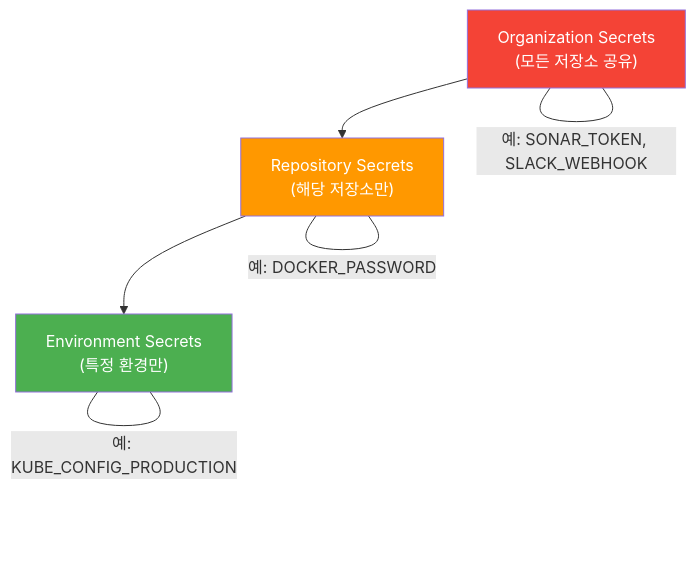
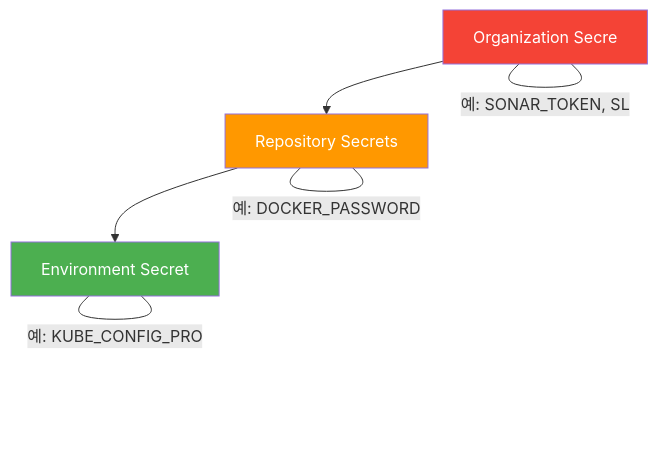
The fifth of 5 diagrams in _posts/cicd/2026-05-03-github-actions-deep.md (yjkim2015/yjkim2015.github.io), drawn with Mermaid before and after one commit. The commit also changed other lines of this file and 271 other files, not shown here.

First line of the commit message:
Mermaid 라벨 축소: 긴 노드 텍스트 18자 이하로 트림 + \n 제거

````diff
--- a/_posts/cicd/2026-05-03-github-actions-deep.md
+++ b/_posts/cicd/2026-05-03-github-actions-deep.md
@@ -600,13 +600,13 @@
 ```mermaid
 graph TB
-    ORG["Organization Secrets<br/>(모든 저장소 공유)"]
-    REPO["Repository Secrets<br/>(해당 저장소만)"]
-    ENV["Environment Secrets<br/>(특정 환경만)"]
+    ORG["Organization Secre"]
+    REPO["Repository Secrets"]
+    ENV["Environment Secret"]
     ORG --> REPO --> ENV
-    ORG ---|"예: SONAR_TOKEN, SLACK_WEBHOOK"| ORG
+    ORG ---|"예: SONAR_TOKEN, SL"| ORG
     REPO ---|"예: DOCKER_PASSWORD"| REPO
-    ENV ---|"예: KUBE_CONFIG_PRODUCTION"| ENV
+    ENV ---|"예: KUBE_CONFIG_PRO"| ENV
     style ENV fill:#4CAF50,color:#fff
     style REPO fill:#FF9800,color:#fff
     style ORG fill:#F44336,color:#fff
 ```
````
